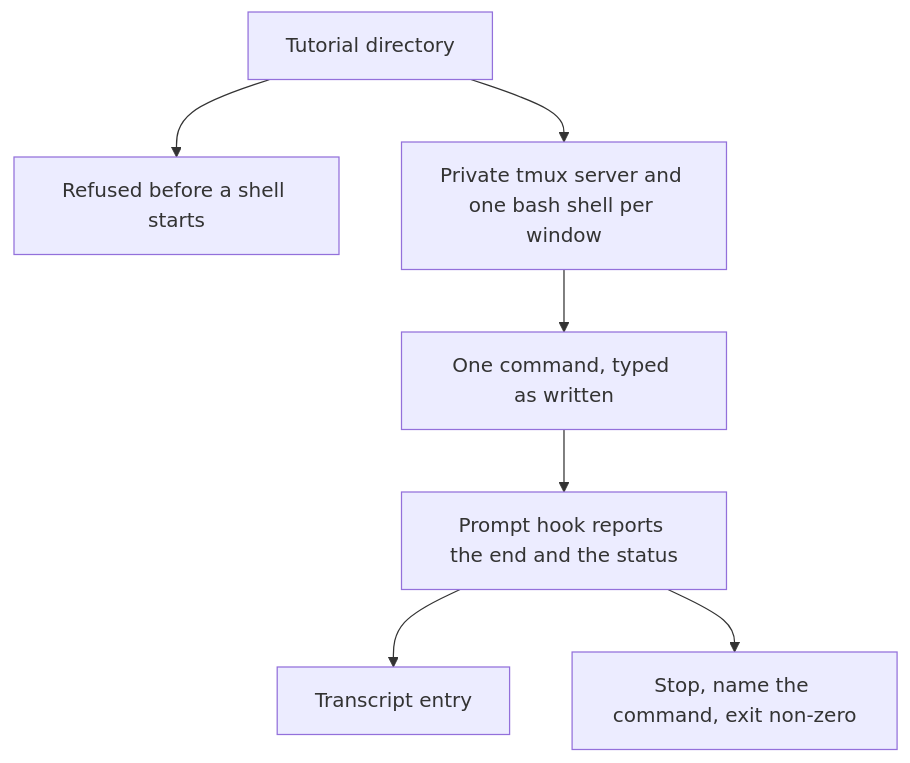
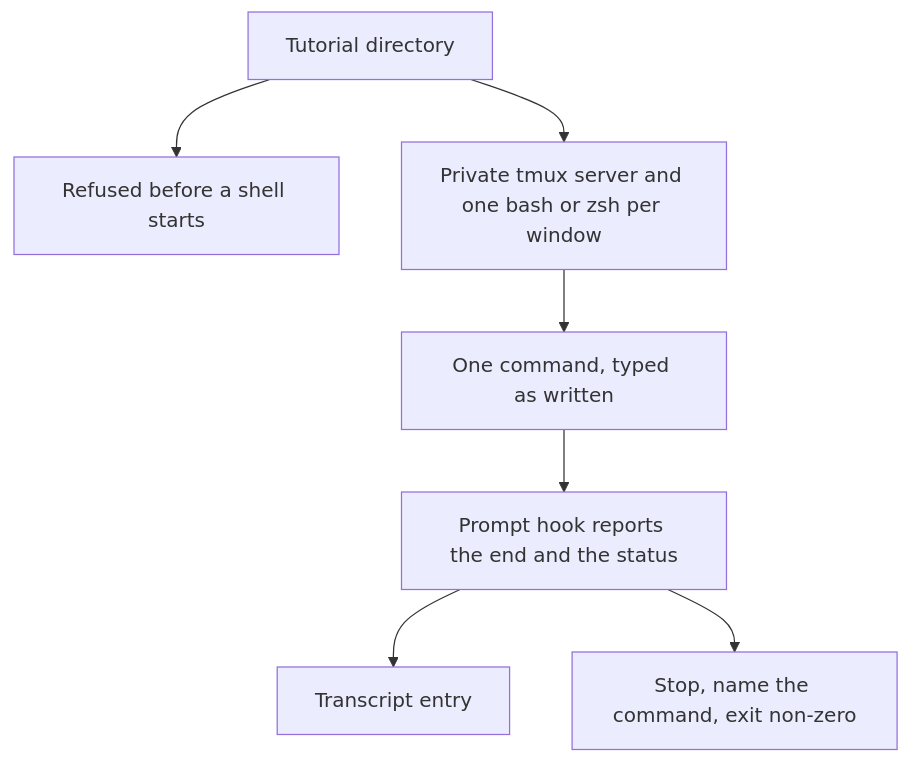
Before and after one commit to lambdasistemi/tutorial-stepper: the diagram in docs/play.md, drawn with Mermaid. The commit also changed other lines of this file and 8 other files, not shown here.

````diff
--- a/docs/play.md
+++ b/docs/play.md
@@ -9,16 +9,16 @@
 ```mermaid
 flowchart TD
   directory["Tutorial directory"]
   refuse["Refused before a shell starts"]
-  server["Private tmux server and one bash shell per window"]
+  server["Private tmux server and one bash or zsh per window"]
   command["One command, typed as written"]
   hook["Prompt hook reports the end and the status"]
   transcript["Transcript entry"]
   stop["Stop, name the command, exit non-zero"]
   directory --> refuse
   directory --> server
   server --> command
   command --> hook
   hook --> transcript
   hook --> stop
 ```
````
